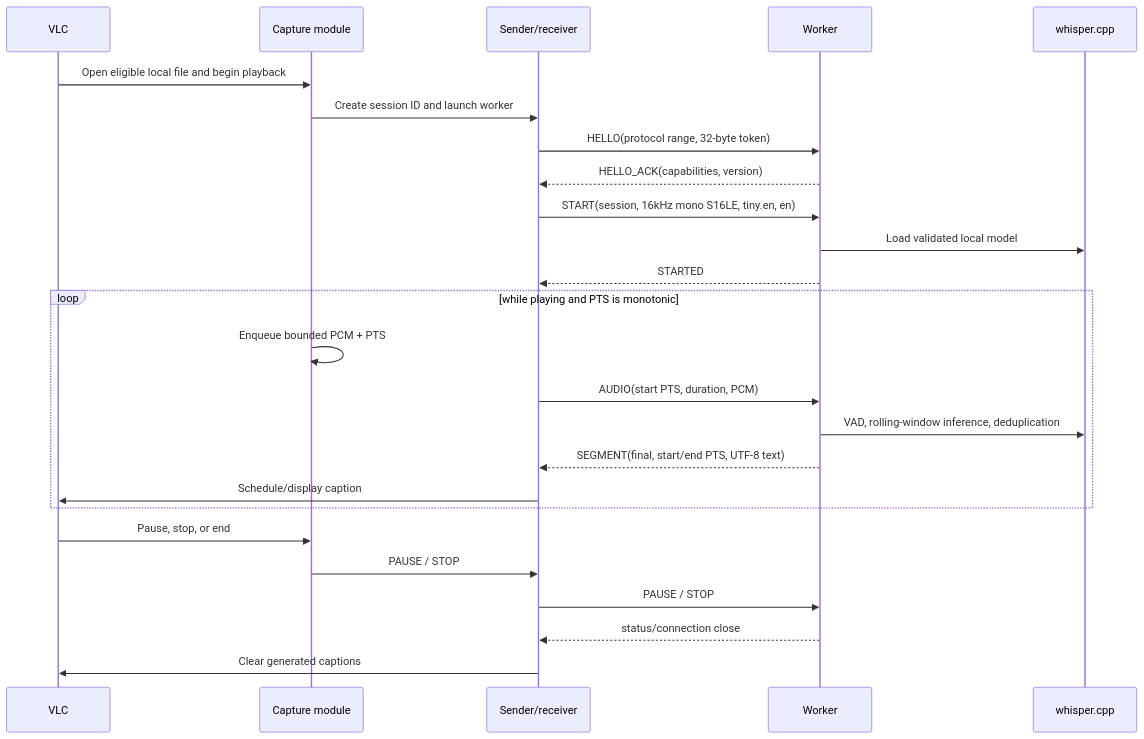
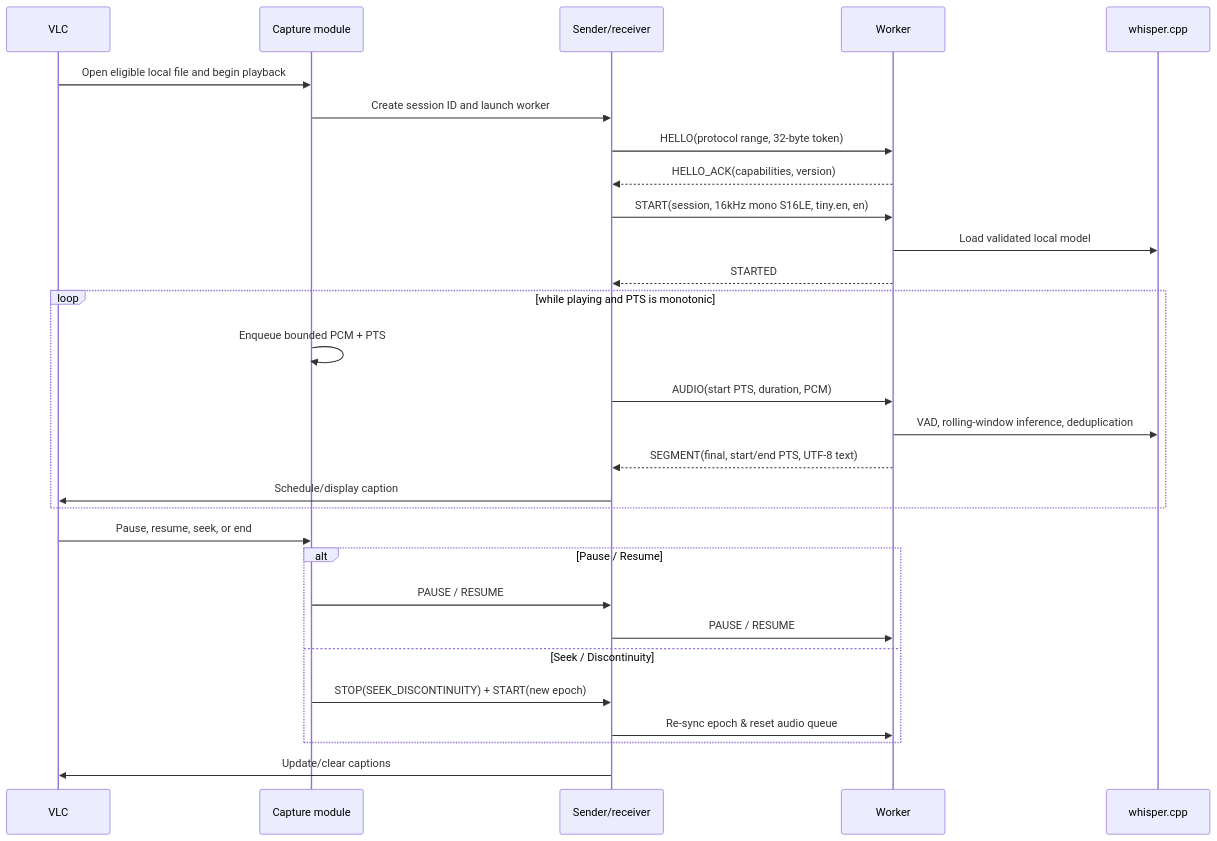
One commit to rzv04/vlc-whisper changed the fourth of 8 diagrams in docs/diagrams.md. Above: the diagram before and after it, drawn with Mermaid. The commit also changed other lines of this file, not shown here.

Commit message:
docs: update diagrams to reflect seeking/pause MVP support and restored Milestone 4

````diff
--- a/docs/diagrams.md
+++ b/docs/diagrams.md
@@ -70,28 +71,32 @@
 ```mermaid
 sequenceDiagram
     participant VLC as VLC
     participant CAP as Capture module
     participant IPC as Sender/receiver
     participant W as Worker
     participant WH as whisper.cpp
 
     VLC->>CAP: Open eligible local file and begin playback
     CAP->>IPC: Create session ID and launch worker
     IPC->>W: HELLO(protocol range, 32-byte token)
     W-->>IPC: HELLO_ACK(capabilities, version)
     IPC->>W: START(session, 16kHz mono S16LE, tiny.en, en)
     W->>WH: Load validated local model
     W-->>IPC: STARTED
     loop while playing and PTS is monotonic
         CAP->>CAP: Enqueue bounded PCM + PTS
         IPC->>W: AUDIO(start PTS, duration, PCM)
         W->>WH: VAD, rolling-window inference, deduplication
         W-->>IPC: SEGMENT(final, start/end PTS, UTF-8 text)
         IPC->>VLC: Schedule/display caption
     end
-    VLC->>CAP: Pause, stop, or end
-    CAP->>IPC: PAUSE / STOP
-    IPC->>W: PAUSE / STOP
-    W-->>IPC: status/connection close
-    IPC->>VLC: Clear generated captions
+    VLC->>CAP: Pause, resume, seek, or end
+    alt Pause / Resume
+        CAP->>IPC: PAUSE / RESUME
+        IPC->>W: PAUSE / RESUME
+    else Seek / Discontinuity
+        CAP->>IPC: STOP(SEEK_DISCONTINUITY) + START(new epoch)
+        IPC->>W: Re-sync epoch & reset audio queue
+    end
+    IPC->>VLC: Update/clear captions
 ```
````
